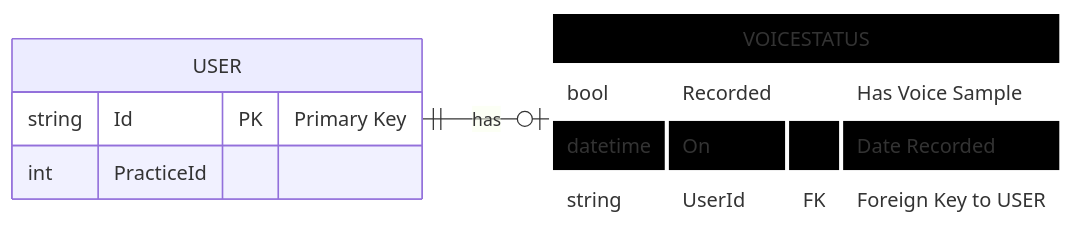
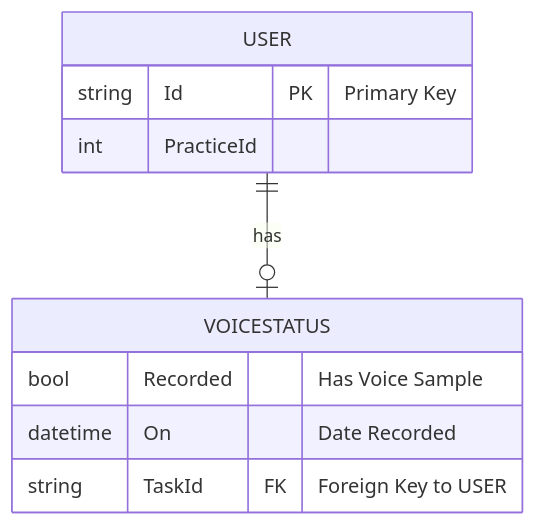
Before and after one commit to Harshita-capsitech/EmailDocs: the third of 3 diagrams in CallTranscription/overview.md, drawn with Mermaid.

````diff
--- a/CallTranscription/overview.md
+++ b/CallTranscription/overview.md
@@ -82,23 +82,16 @@
 ```mermaid
 erDiagram
-    direction LR
-
     USER ||--o| VOICESTATUS : has
 
     USER {
         string Id PK "Primary Key"
         int PracticeId
     }
 
     VOICESTATUS {
         bool Recorded "Has Voice Sample"
         datetime On "Date Recorded"
-        string UserId FK "Foreign Key to USER"
+        string TaskId FK "Foreign Key to USER"
     }
 
-    %% Highlight VOICESTATUS to simulate 'active' state/focus with black color
-    classDef active fill:#000000,stroke:#ffffff,stroke-width:3px
-    class VOICESTATUS active
-
-    %% Optionally, style keys for greater clarity
 ```
````
